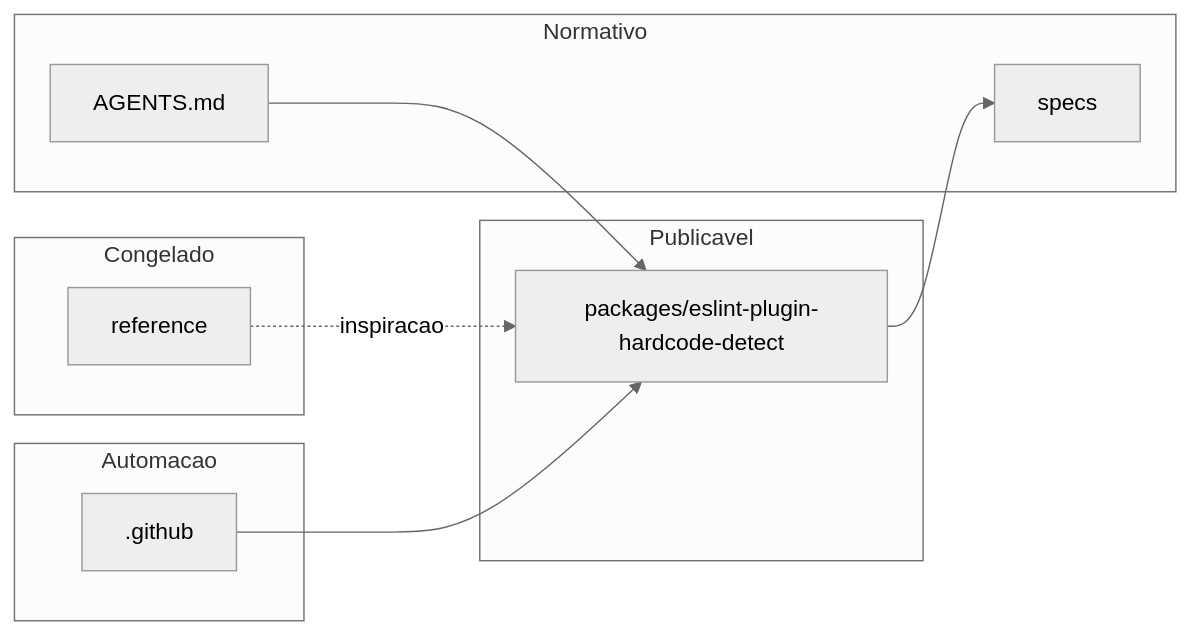
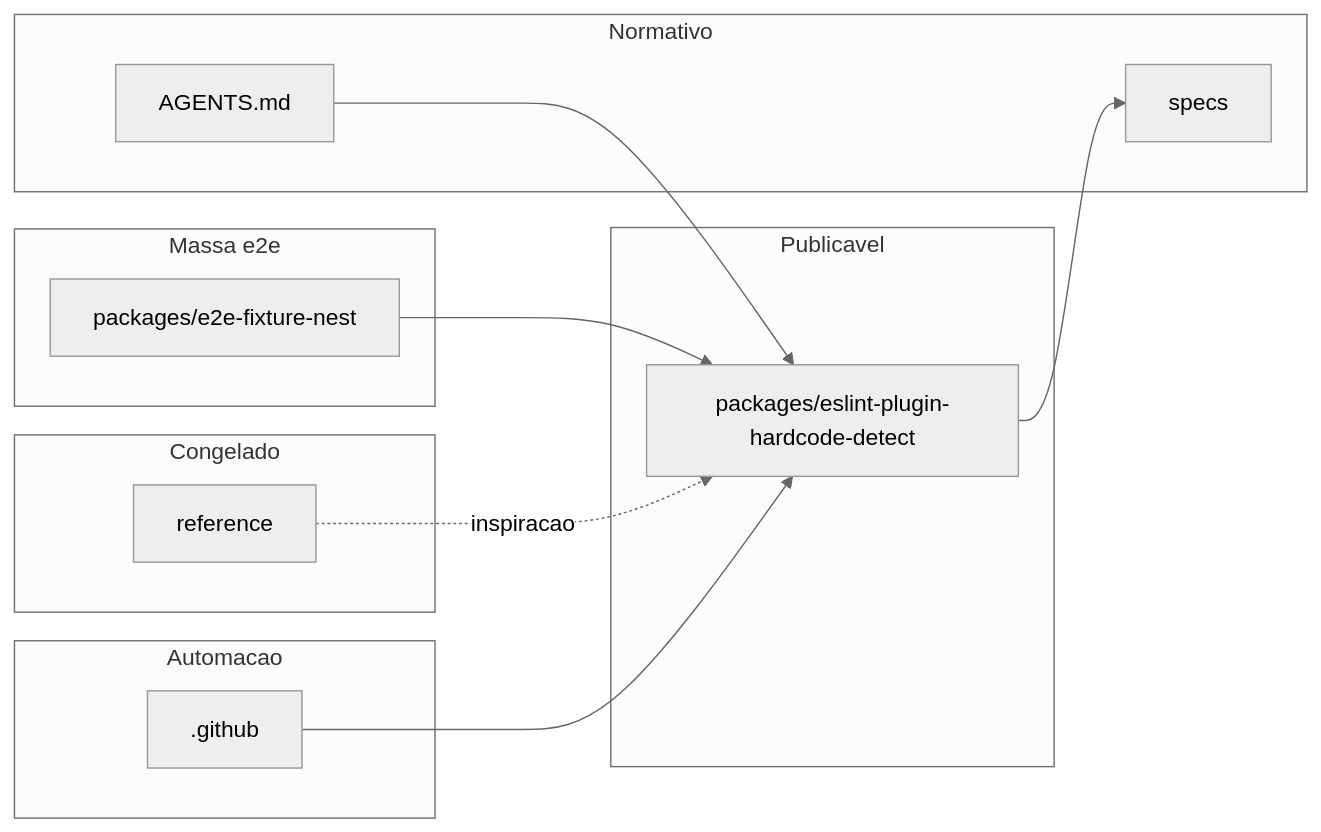
Before and after one commit to Malnati/eslint-hardcode-detect-plugin: the diagram in docs/repository-tree.md, drawn with Mermaid (neutral theme). The commit also changed other lines of this file and 35 other files, not shown here.

Commit message:
test(e2e): add Nest workspace fixture and nest-workspace smoke test

````diff
--- a/docs/repository-tree.md
+++ b/docs/repository-tree.md
@@ -74,20 +82,24 @@
 ```mermaid
 flowchart LR
   subgraph public [Publicavel]
     pkg[packages/eslint-plugin-hardcode-detect]
+  end
+  subgraph e2eNest [Massa e2e]
+    nest[packages/e2e-fixture-nest]
   end
   subgraph norms [Normativo]
     sp[specs]
     agents[AGENTS.md]
   end
   subgraph frozen [Congelado]
     ref[reference]
   end
   subgraph ci [Automacao]
     gh[.github]
   end
   pkg --> sp
   agents --> pkg
+  nest --> pkg
   ref -.->|inspiracao| pkg
   gh --> pkg
 ```
````
